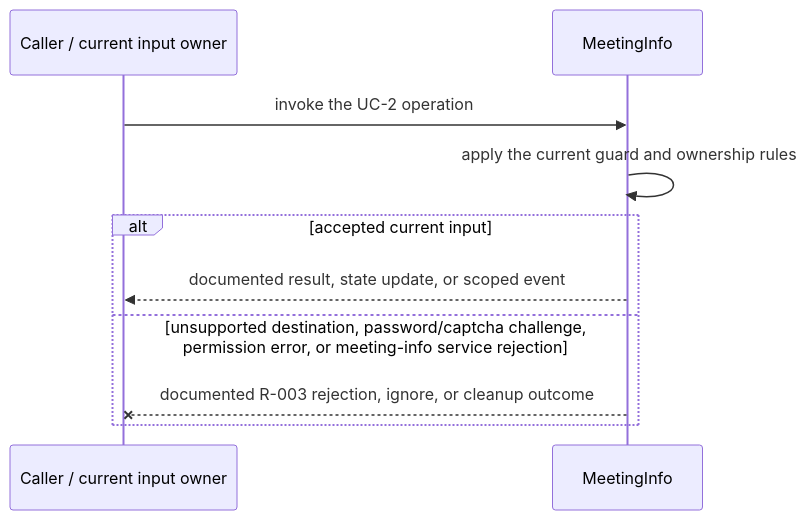
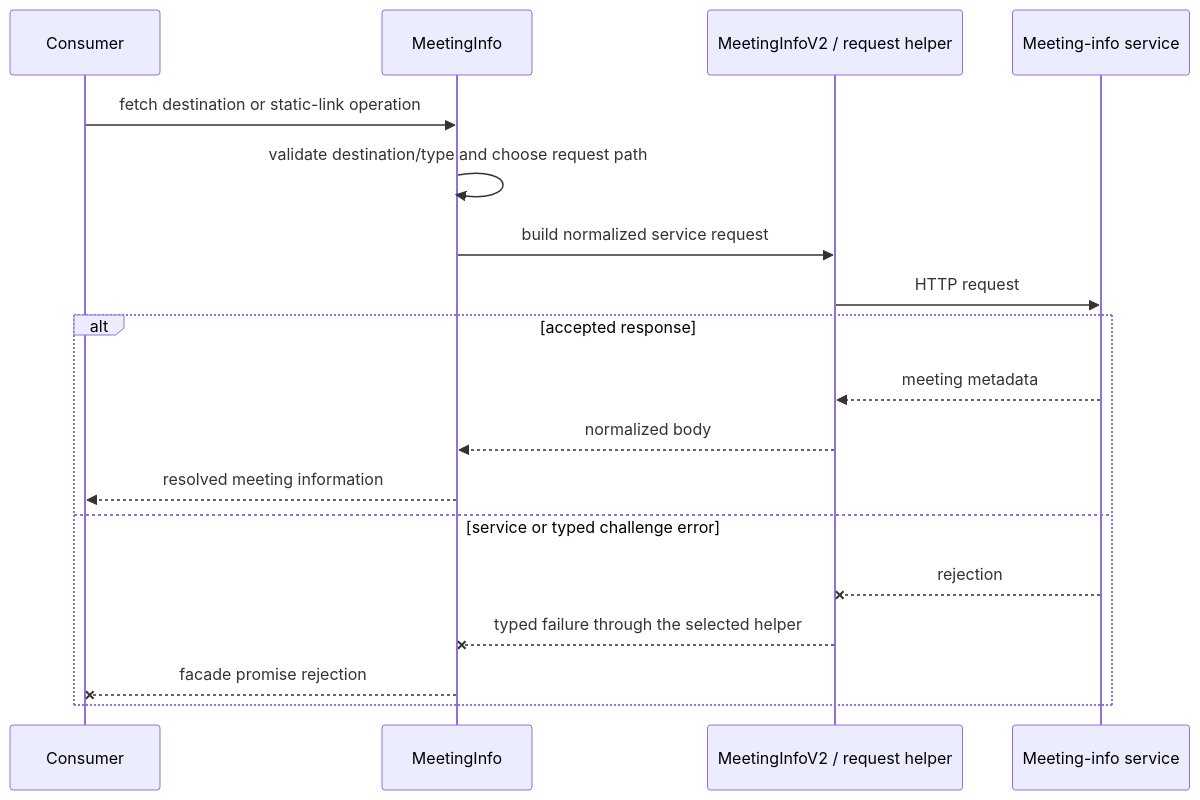
Before and after one commit to webex/webex-js-sdk: the third of 4 diagrams in packages/@webex/plugin-meetings/src/meeting-info/ai-docs/meeting-info-spec.md, drawn with Mermaid. The commit also changed other lines of this file and 24 other files, not shown here.

````diff
--- a/packages/@webex/plugin-meetings/src/meeting-info/ai-docs/meeting-info-spec.md
+++ b/packages/@webex/plugin-meetings/src/meeting-info/ai-docs/meeting-info-spec.md
@@ -143,12 +163,20 @@
 ```mermaid
 sequenceDiagram
-  participant C as Caller / current input owner
+  participant C as Consumer
   participant M as MeetingInfo
-  C->>M: invoke the UC-2 operation
-  M->>M: apply the current guard and ownership rules
-  alt accepted current input
-    M-->>C: documented result, state update, or scoped event
-  else unsupported destination, password/captcha challenge, permission error, or meeting-info service rejection
-    M--xC: documented R-003 rejection, ignore, or cleanup outcome
+  participant V as MeetingInfoV2 / request helper
+  participant S as Meeting-info service
+  C->>M: fetch destination or static-link operation
+  M->>M: validate destination/type and choose request path
+  M->>V: build normalized service request
+  V->>S: HTTP request
+  alt accepted response
+    S-->>V: meeting metadata
+    V-->>M: normalized body
+    M-->>C: resolved meeting information
+  else service or typed challenge error
+    S--xV: rejection
+    V--xM: typed failure through the selected helper
+    M--xC: facade promise rejection
   end
 ```
````
